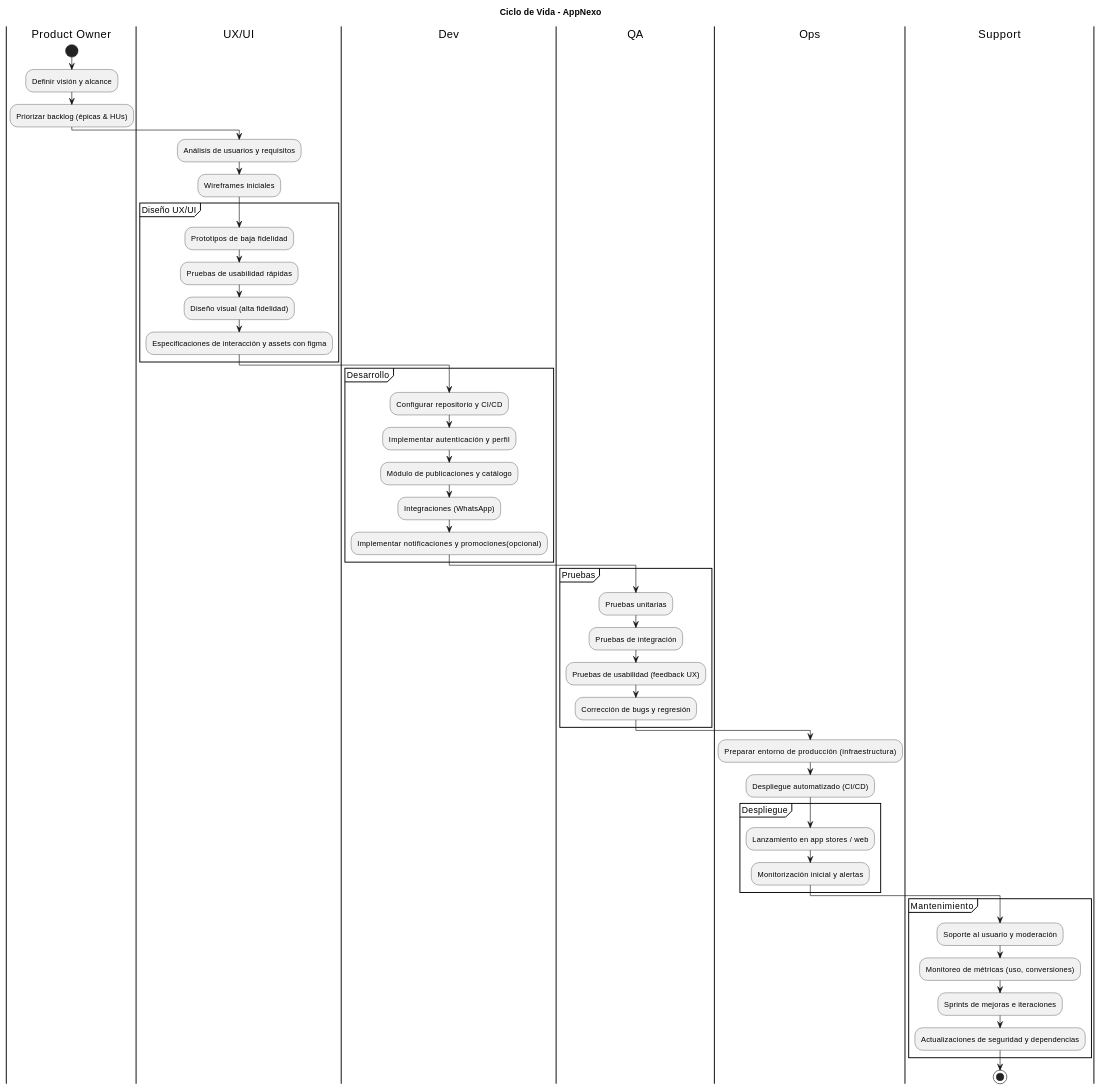
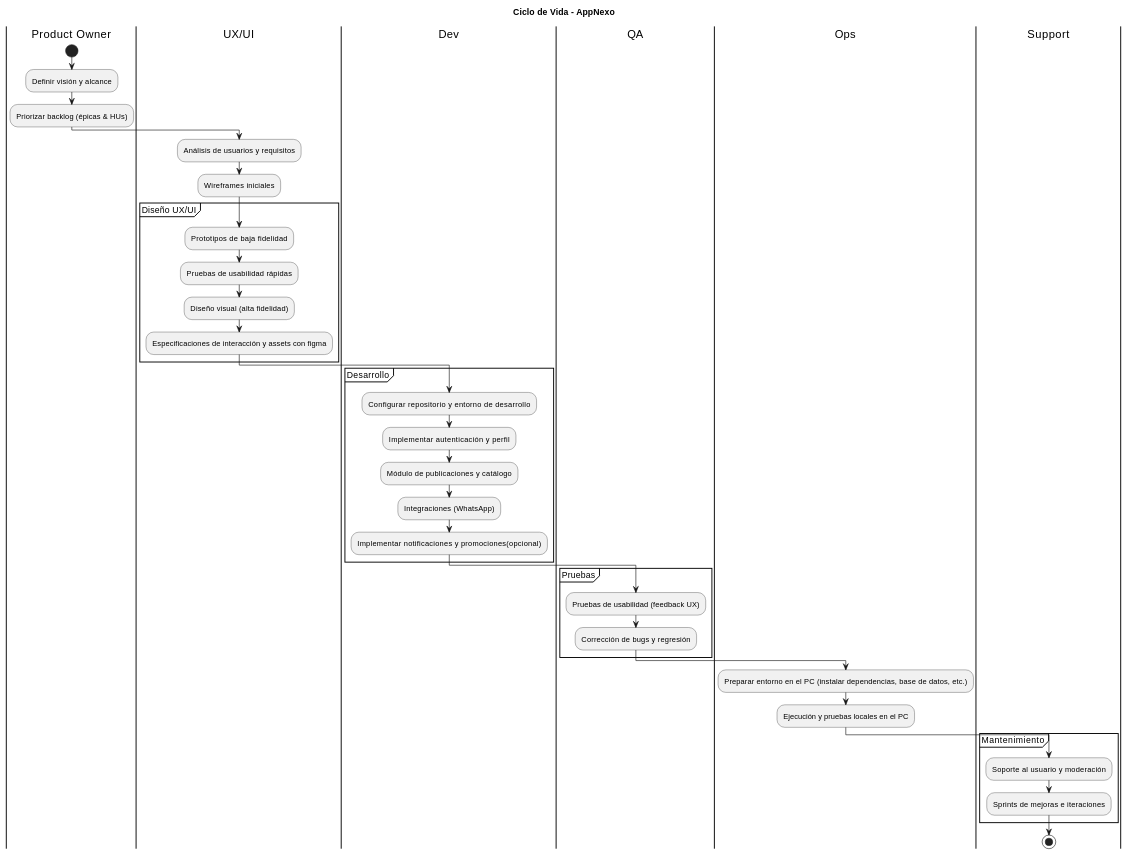
One commit to code-corhuila/programacion-movil-2025-b-g1 changed the diagram in 04-week/02-optional-activity/Activity_Optional01.Md. Above: the diagram before and after it, drawn with PlantUML. The commit also changed other lines of this file and 3 other files, not shown here.

```diff
--- a/04-week/02-optional-activity/Activity_Optional01.Md
+++ b/04-week/02-optional-activity/Activity_Optional01.Md
@@ -21,48 +20,40 @@
 @startuml
 title Ciclo de Vida - AppNexo
 |Product Owner|
 start
 :Definir visión y alcance;
 :Priorizar backlog (épicas & HUs);
 |UX/UI|
 :Análisis de usuarios y requisitos;
 :Wireframes iniciales;
 |UX/UI|
 partition "Diseño UX/UI" {
   :Prototipos de baja fidelidad;
   :Pruebas de usabilidad rápidas;
   :Diseño visual (alta fidelidad);
   :Especificaciones de interacción y assets con figma;
 }
 |Dev|
 partition "Desarrollo" {
-  :Configurar repositorio y CI/CD;
+  :Configurar repositorio y entorno de desarrollo;
   :Implementar autenticación y perfil;
   :Módulo de publicaciones y catálogo;
   :Integraciones (WhatsApp);
   :Implementar notificaciones y promociones(opcional);
 }
 |QA|
 partition "Pruebas" {
-  :Pruebas unitarias;
-  :Pruebas de integración;
   :Pruebas de usabilidad (feedback UX);
   :Corrección de bugs y regresión;
 }
 |Ops|
-:Preparar entorno de producción (infraestructura);
-:Despliegue automatizado (CI/CD);
-|Ops|
-partition "Despliegue" {
-  :Lanzamiento en app stores / web;
-  :Monitorización inicial y alertas;
-}
+:Preparar entorno en el PC (instalar dependencias, base de datos, etc.);
+:Ejecución y pruebas locales en el PC;
+
 |Support|
 partition "Mantenimiento" {
   :Soporte al usuario y moderación;
-  :Monitoreo de métricas (uso, conversiones);
   :Sprints de mejoras e iteraciones;
-  :Actualizaciones de seguridad y dependencias;
 }
 stop
 @enduml
```
